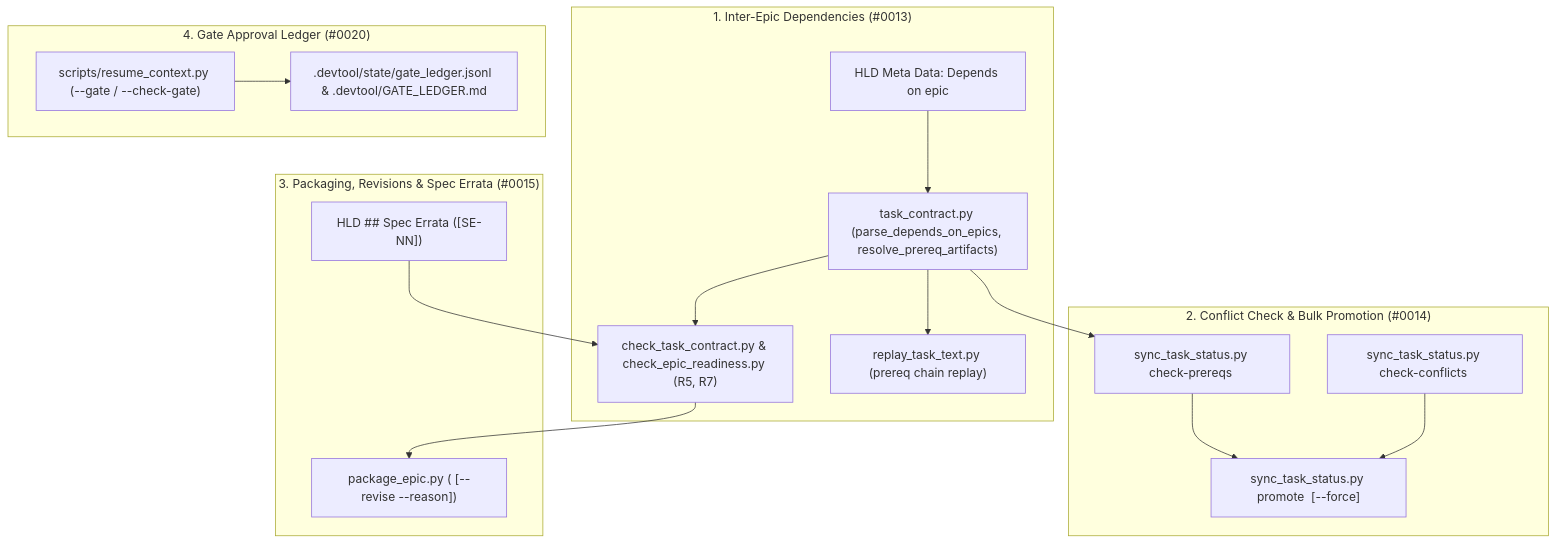
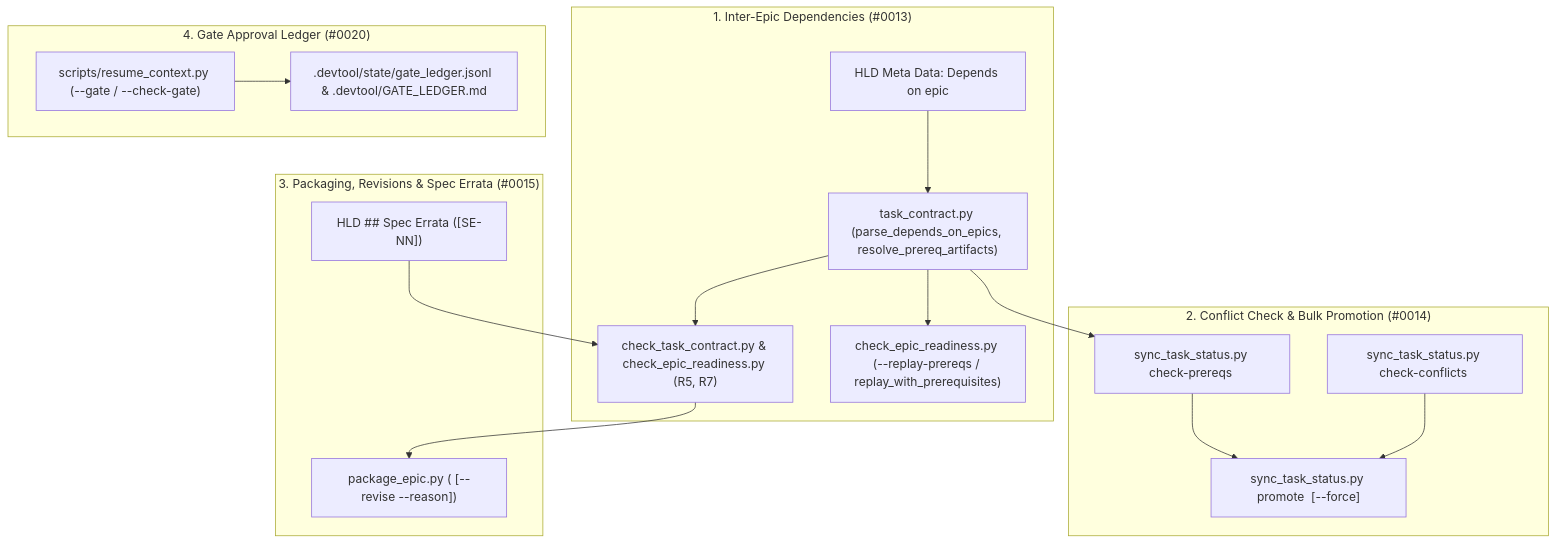
The diagram in .devtool/epic/multi_epic_orchestration_and_governance/2026-11-06-multi-epic-orchestration-and-governance-design.en.md (DanhDue/ai-agent-tools), drawn with Mermaid before and after one commit. The commit also changed other lines of this file and 13 other files, not shown here.

````diff
--- a/.devtool/epic/multi_epic_orchestration_and_governance/2026-11-06-multi-epic-orchestration-and-governance-design.en.md
+++ b/.devtool/epic/multi_epic_orchestration_and_governance/2026-11-06-multi-epic-orchestration-and-governance-design.en.md
@@ -51,35 +51,35 @@
 ```mermaid
 flowchart TD
     subgraph DEPS["1. Inter-Epic Dependencies (#0013)"]
         HLD_META["HLD Meta Data: Depends on epic"]
         TC_DEP["task_contract.py (parse_depends_on_epics, resolve_prereq_artifacts)"]
         CTC_DEP["check_task_contract.py & check_epic_readiness.py (R5, R7)"]
-        RPL_DEP["replay_task_text.py (prereq chain replay)"]
+        RPL_DEP["check_epic_readiness.py (--replay-prereqs / replay_with_prerequisites)"]
     end
 
     subgraph CONCURRENCY["2. Conflict Check & Bulk Promotion (#0014)"]
         STS_CONF["sync_task_status.py check-conflicts <epic_dir>"]
         STS_PROM["sync_task_status.py promote <epic_dir> [--force]"]
         STS_PREREQ["sync_task_status.py check-prereqs <epic_dir>"]
     end
 
     subgraph PACKAGING["3. Packaging, Revisions & Spec Errata (#0015)"]
         PKG_PY["package_epic.py (<epic_dir> [--revise --reason])"]
         ERRATA["HLD ## Spec Errata ([SE-NN])"]
     end
 
     subgraph GATES["4. Gate Approval Ledger (#0020)"]
         RC_GATE["scripts/resume_context.py (--gate / --check-gate)"]
         LEDGER_JSONL[".devtool/state/gate_ledger.jsonl & .devtool/GATE_LEDGER.md"]
     end
 
     HLD_META --> TC_DEP
     TC_DEP --> CTC_DEP
     TC_DEP --> RPL_DEP
     TC_DEP --> STS_PREREQ
     STS_PREREQ --> STS_PROM
     STS_CONF --> STS_PROM
     ERRATA --> CTC_DEP
     CTC_DEP --> PKG_PY
     RC_GATE --> LEDGER_JSONL
 ```
````
